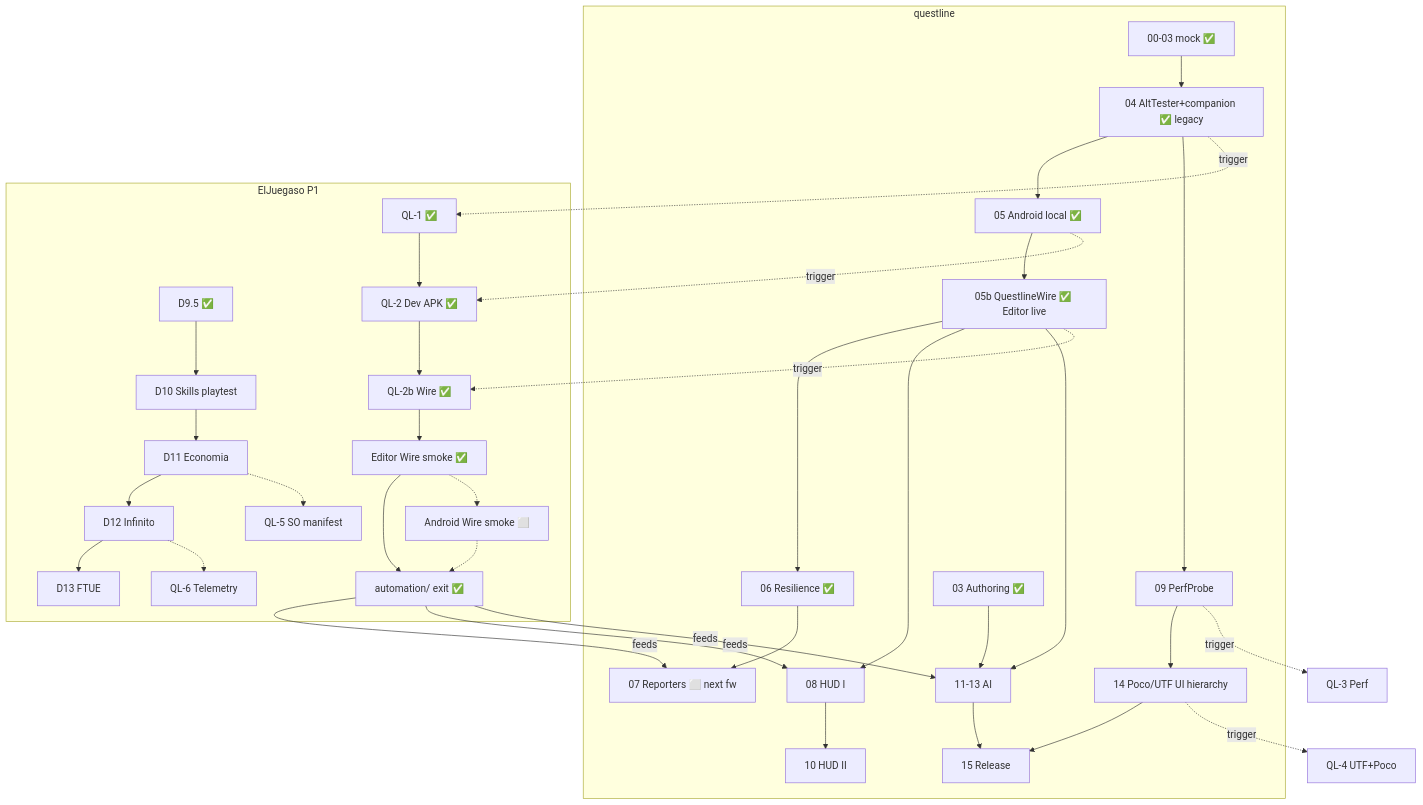
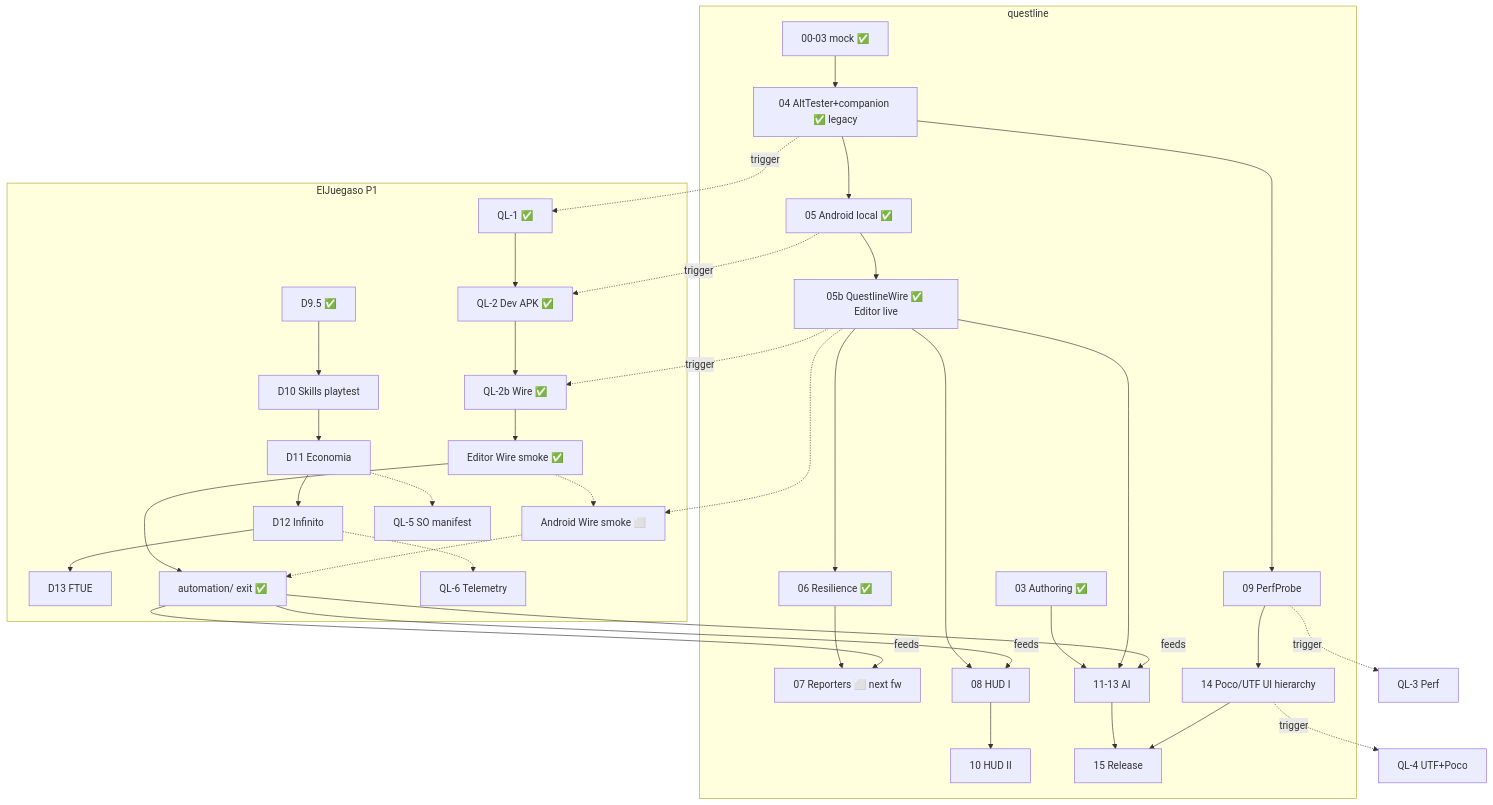
Before and after one commit to Knutronko/questline: the diagram in docs/STATUS-DUAL.md, drawn with Mermaid. The commit also changed other lines of this file and 1 other file, not shown here.

First line of the commit message:
docs: cross-link resilience + Wire→Android mermaid edge

````diff
--- a/docs/STATUS-DUAL.md
+++ b/docs/STATUS-DUAL.md
@@ -96,42 +97,43 @@
 ```mermaid
 flowchart TB
   subgraph QL[questline]
     Q0[00-03 mock ✅] --> Q4[04 AltTester+companion ✅ legacy]
     Q4 --> Q5[05 Android local ✅]
     Q5 --> Q5b[05b QuestlineWire ✅ Editor live]
     Q5b --> Q6[06 Resilience ✅]
     Q6 --> Q7[07 Reporters ⬜ next fw]
     Q5b --> Q8[08 HUD I]
     Q4 --> Q9[09 PerfProbe]
     Q8 --> Q10[10 HUD II]
     Q3[03 Authoring ✅] --> Q11[11-13 AI]
     Q5b --> Q11
     Q9 --> Q14[14 Poco/UTF UI hierarchy]
     Q11 --> Q15[15 Release]
     Q14 --> Q15
   end
 
   subgraph Game[ElJuegaso P1]
     D95[D9.5 ✅] --> D10[D10 Skills playtest]
     D10 --> D11[D11 Economia]
     D11 --> D12[D12 Infinito]
     D12 --> D13[D13 FTUE]
     QL1[QL-1 ✅] --> QL2[QL-2 Dev APK ✅]
     QL2 --> QL2b[QL-2b Wire ✅]
     QL2b --> LiveEd[Editor Wire smoke ✅]
     LiveEd --> Auto[automation/ exit ✅]
     LiveEd -.-> LiveAnd[Android Wire smoke ⬜]
     LiveAnd -.-> Auto
     D11 -.-> QL5[QL-5 SO manifest]
     D12 -.-> QL6[QL-6 Telemetry]
   end
 
   Q4 -.->|trigger| QL1
   Q5 -.->|trigger| QL2
   Q5b -.->|trigger| QL2b
+  Q5b -.-> LiveAnd
   Q9 -.->|trigger| QL3[QL-3 Perf]
   Q14 -.->|trigger| QL4[QL-4 UTF+Poco]
   Auto -->|feeds| Q7
   Auto -->|feeds| Q8
   Auto -->|feeds| Q11
 ```
````
